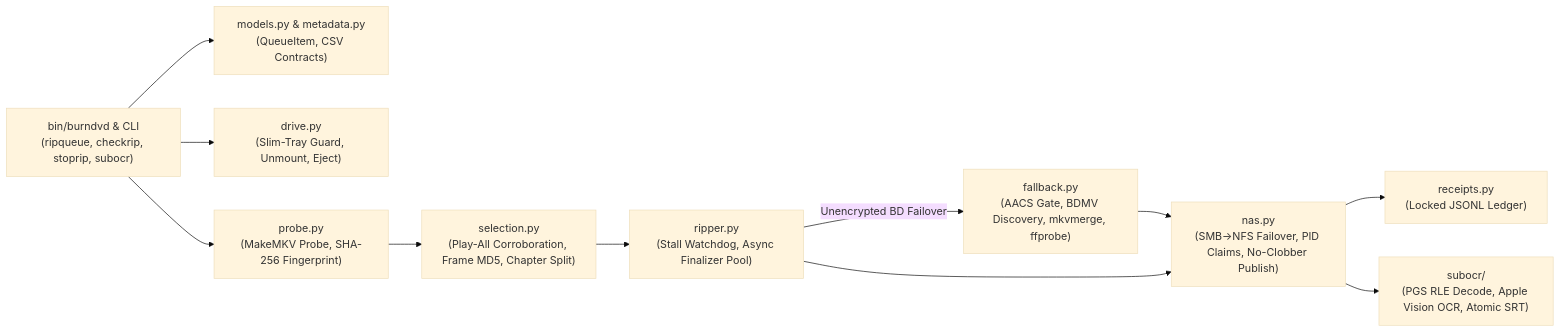
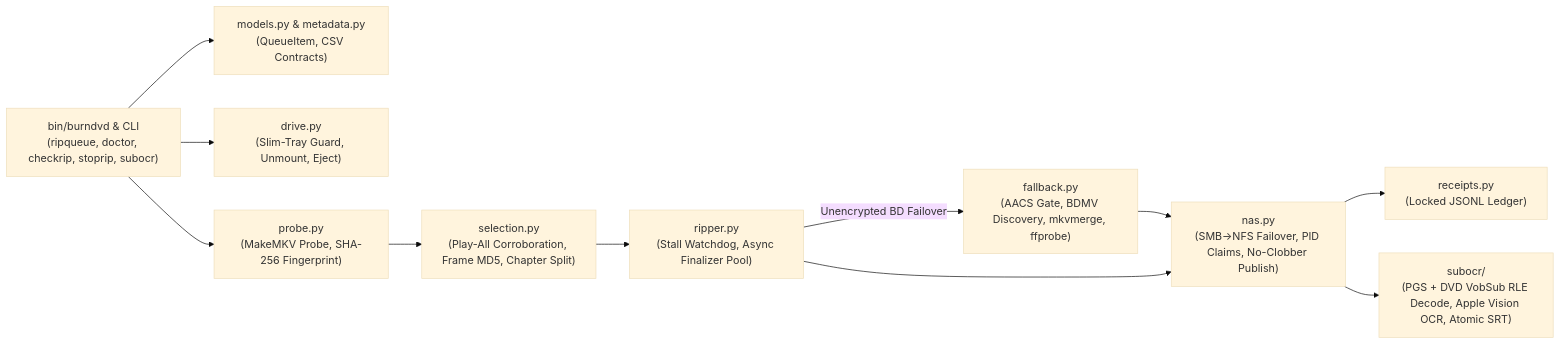
The diagram in README.md (trevorgordon981/burndvd-makemkv), drawn with Mermaid (base theme) before and after one commit. The commit also changed other lines of this file and 31 other files, not shown here.

First line of the commit message:
v2.0.2: strict media verify, DVD VobSub OCR, doctor CLI, CI, and hardening

````diff
--- a/README.md
+++ b/README.md
@@ -9,13 +11,13 @@
 ```mermaid
 flowchart LR
-    CLI["bin/burndvd & CLI<br/>(ripqueue, checkrip, stoprip, subocr)"] --> Models["models.py & metadata.py<br/>(QueueItem, CSV Contracts)"]
+    CLI["bin/burndvd & CLI<br/>(ripqueue, doctor, checkrip, stoprip, subocr)"] --> Models["models.py & metadata.py<br/>(QueueItem, CSV Contracts)"]
     CLI --> Drive["drive.py<br/>(Slim-Tray Guard, Unmount, Eject)"]
     CLI --> Probe["probe.py<br/>(MakeMKV Probe, SHA-256 Fingerprint)"]
     Probe --> Select["selection.py<br/>(Play-All Corroboration, Frame MD5, Chapter Split)"]
     Select --> Ripper["ripper.py<br/>(Stall Watchdog, Async Finalizer Pool)"]
     Ripper -- "Unencrypted BD Failover" --> Fallback["fallback.py<br/>(AACS Gate, BDMV Discovery, mkvmerge, ffprobe)"]
     Fallback --> NAS["nas.py<br/>(SMB→NFS Failover, PID Claims, No-Clobber Publish)"]
     Ripper --> NAS
     NAS --> Receipts["receipts.py<br/>(Locked JSONL Ledger)"]
-    NAS --> SubOCR["subocr/<br/>(PGS RLE Decode, Apple Vision OCR, Atomic SRT)"]
+    NAS --> SubOCR["subocr/<br/>(PGS + DVD VobSub RLE Decode, Apple Vision OCR, Atomic SRT)"]
 ```
````
